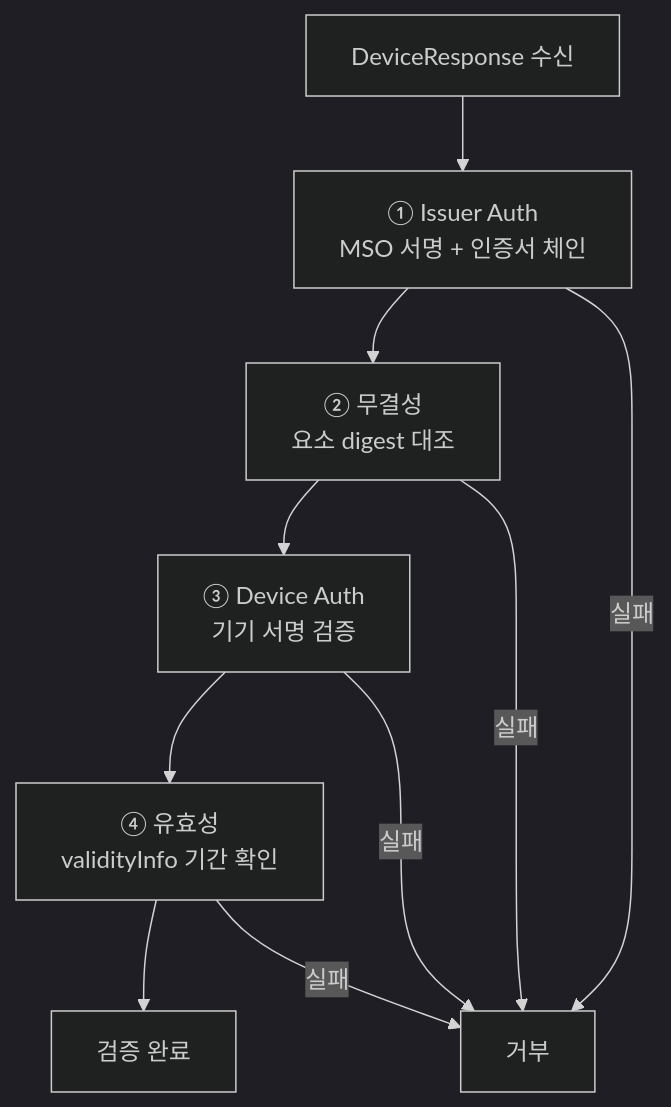
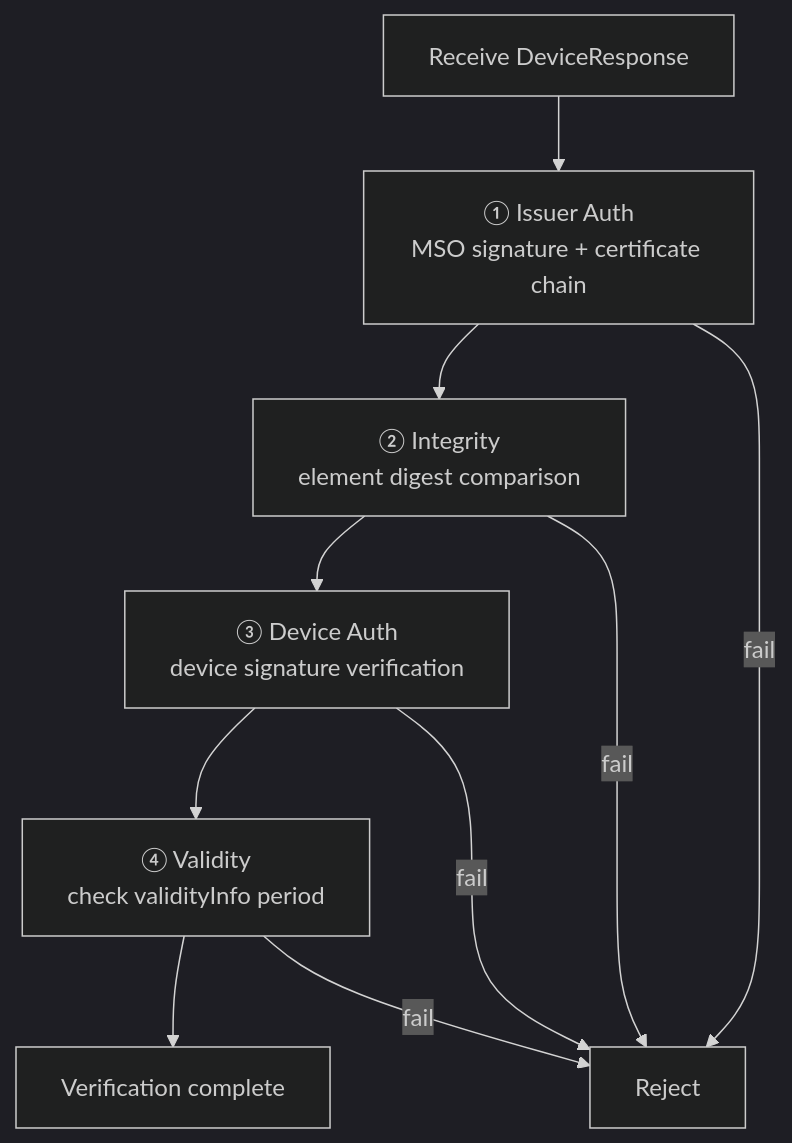
The fifth of 5 diagrams in docs/concepts/mdoc/mdoc_verification_and_trust.md (OmniOneID/poc-oid4vc), drawn with Mermaid (dark theme) before and after one commit. The commit also changed other lines of this file and 29 other files, not shown here.

````diff
--- a/docs/concepts/mdoc/mdoc_verification_and_trust.md
+++ b/docs/concepts/mdoc/mdoc_verification_and_trust.md
@@ -140,12 +140,12 @@
 ```mermaid
 flowchart TB
-    R[DeviceResponse 수신] --> V1[① Issuer Auth<br/>MSO 서명 + 인증서 체인]
-    V1 --> V2[② 무결성<br/>요소 digest 대조]
-    V2 --> V3[③ Device Auth<br/>기기 서명 검증]
-    V3 --> V4[④ 유효성<br/>validityInfo 기간 확인]
-    V4 --> OK[검증 완료]
-    V1 -->|실패| NG[거부]
-    V2 -->|실패| NG
-    V3 -->|실패| NG
-    V4 -->|실패| NG
+    R[Receive DeviceResponse] --> V1[① Issuer Auth<br/>MSO signature + certificate chain]
+    V1 --> V2[② Integrity<br/>element digest comparison]
+    V2 --> V3[③ Device Auth<br/>device signature verification]
+    V3 --> V4[④ Validity<br/>check validityInfo period]
+    V4 --> OK[Verification complete]
+    V1 -->|fail| NG[Reject]
+    V2 -->|fail| NG
+    V3 -->|fail| NG
+    V4 -->|fail| NG
 ```
````
